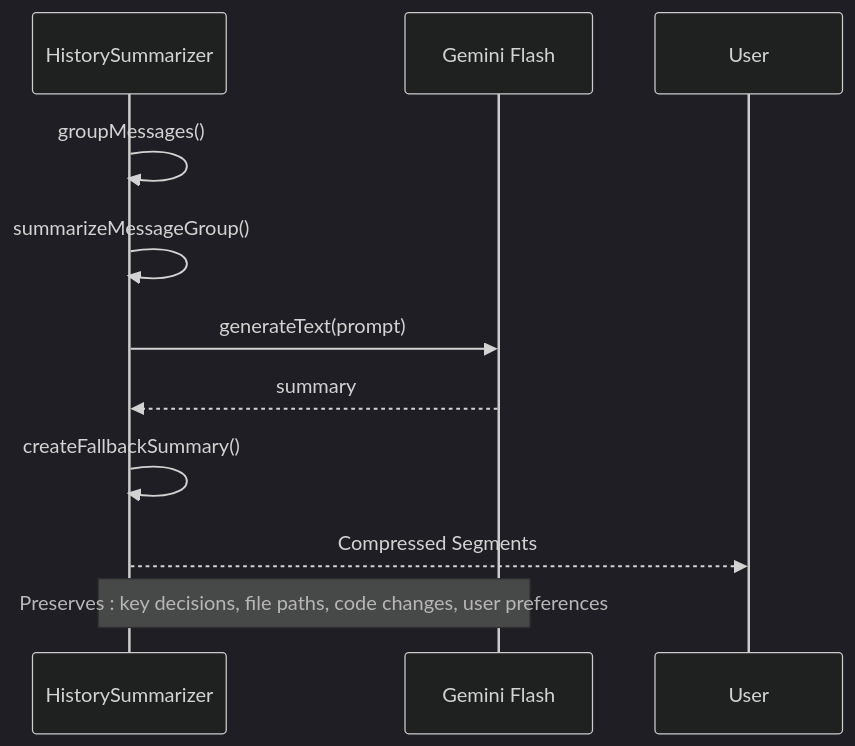
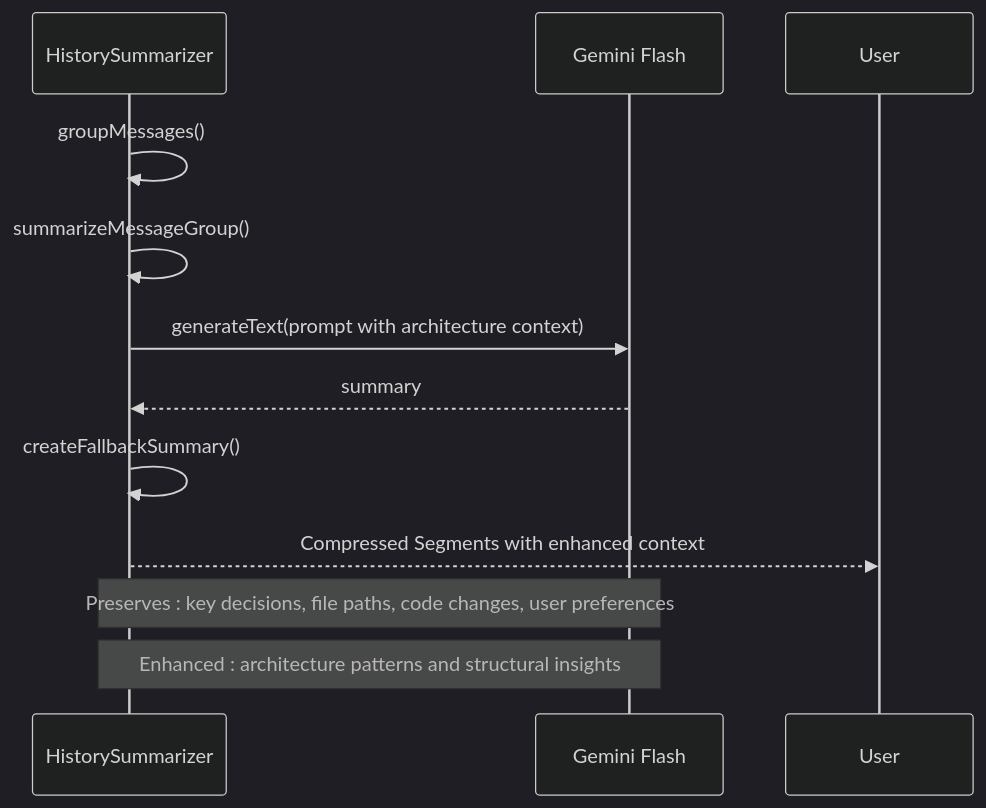
Before and after one commit to bramburn/repomix-runner: the seventh of 11 diagrams in .qoder/repowiki/en/content/Core Features/Reactive Context Compression.md, drawn with Mermaid (dark theme). The commit also changed other lines of this file and 27 other files, not shown here.

````diff
--- a/.qoder/repowiki/en/content/Core Features/Reactive Context Compression.md
+++ b/.qoder/repowiki/en/content/Core Features/Reactive Context Compression.md
@@ -268,13 +351,14 @@
 ```mermaid
 sequenceDiagram
 participant HB as HistorySummarizer
 participant LLM as Gemini Flash
 participant User as User
 HB->>HB : groupMessages()
 HB->>HB : summarizeMessageGroup()
-HB->>LLM : generateText(prompt)
+HB->>LLM : generateText(prompt with architecture context)
 LLM-->>HB : summary
 HB->>HB : createFallbackSummary()
-HB-->>User : Compressed Segments
+HB-->>User : Compressed Segments with enhanced context
 Note over HB,LLM : Preserves : key decisions, file paths, code changes, user preferences
+Note over HB,LLM : Enhanced : architecture patterns and structural insights
 ```
````
